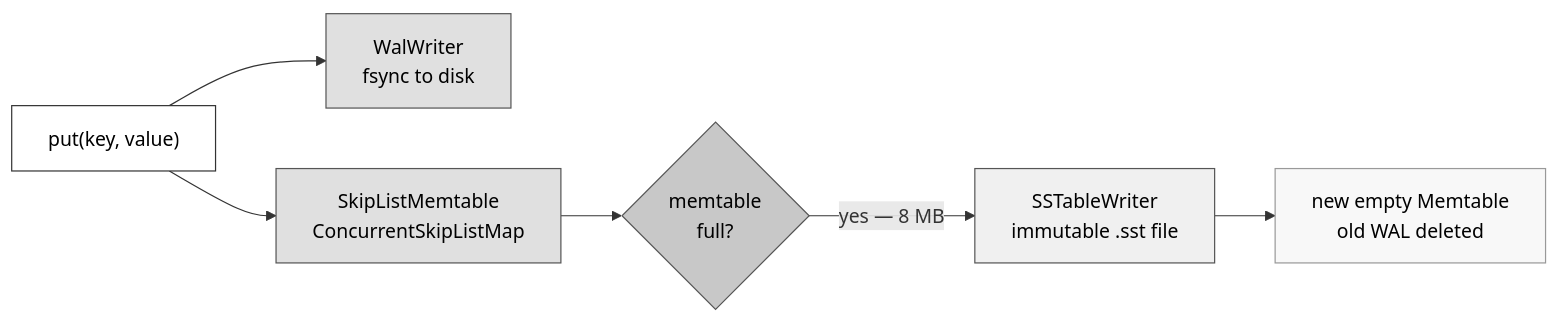
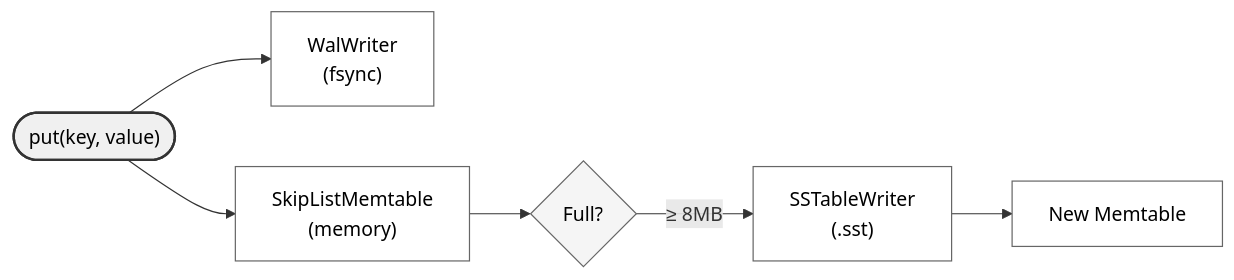
One commit to shubhxtech/Distributed-NoSQL-Key-Value-Database changed the second of 6 diagrams in README.md. Above: the diagram before and after it, drawn with Mermaid. The commit also changed other lines of this file, not shown here.

Commit message:
docs: clean up and simplify Mermaid diagrams with minimalist styling

````diff
--- a/README.md
+++ b/README.md
@@ -138,22 +107,18 @@
 ```mermaid
 flowchart LR
-    W["put(key, value)"]
-    WAL["WalWriter\nfsync to disk"]
-    MEM["SkipListMemtable\nConcurrentSkipListMap"]
-    FLUSH{"memtable\nfull?"}
-    SST["SSTableWriter\nimmutable .sst file"]
-    NEWMEM["new empty Memtable\nold WAL deleted"]
+    classDef default fill:#fff,stroke:#666,stroke-width:1px,color:#000
+    classDef start fill:#f0f0f0,stroke:#333,stroke-width:2px,color:#000
+    classDef decision fill:#f5f5f5,stroke:#666,stroke-width:1px,color:#000
+    
+    W(["put(key, value)"]):::start
+    WAL["WalWriter\n(fsync)"]
+    MEM["SkipListMemtable\n(memory)"]
+    FLUSH{"Full?"}:::decision
+    SST["SSTableWriter\n(.sst)"]
+    NEWMEM["New Memtable"]
 
-    W --> WAL
-    W --> MEM
+    W --> WAL & MEM
     MEM --> FLUSH
-    FLUSH -->|"yes — 8 MB"| SST
+    FLUSH -->|"≥ 8MB"| SST
     SST --> NEWMEM
-
-    style W fill:#ffffff,stroke:#333,color:#000
-    style WAL fill:#e0e0e0,stroke:#555,color:#000
-    style MEM fill:#e0e0e0,stroke:#555,color:#000
-    style FLUSH fill:#c8c8c8,stroke:#555,color:#000
-    style SST fill:#f0f0f0,stroke:#555,color:#000
-    style NEWMEM fill:#f8f8f8,stroke:#999,color:#000
 ```
````
